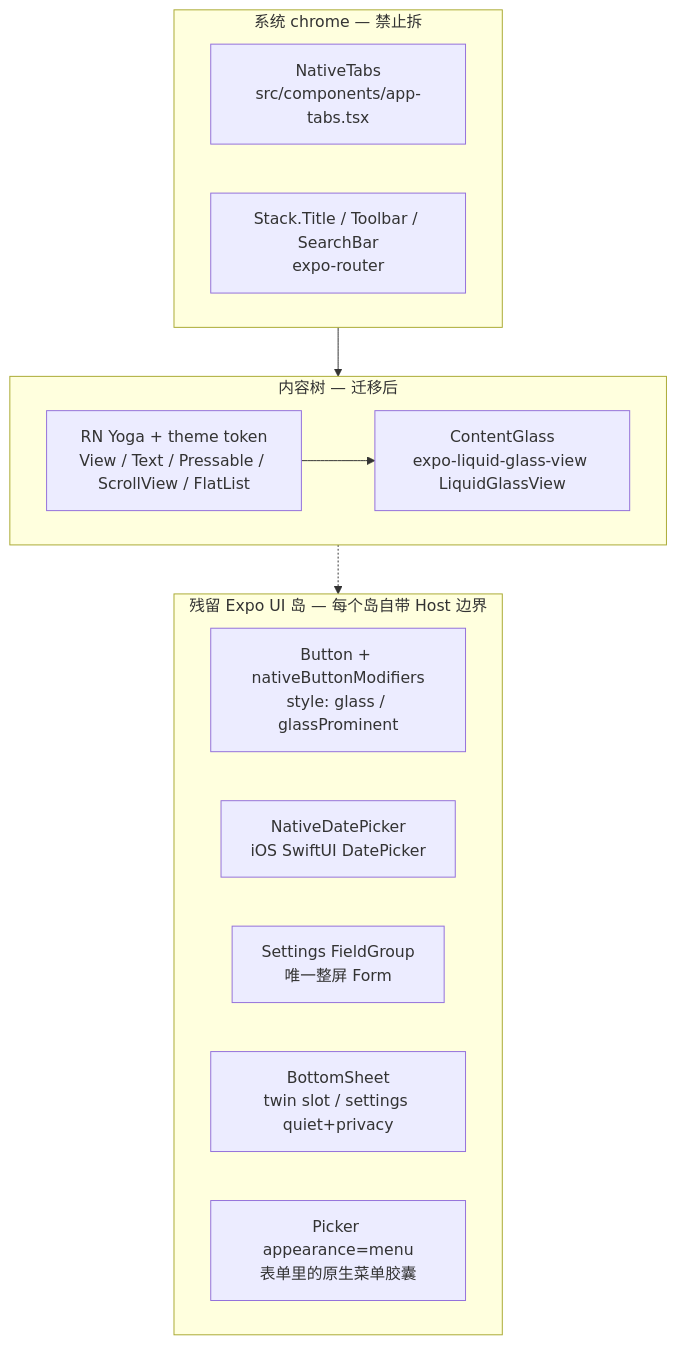
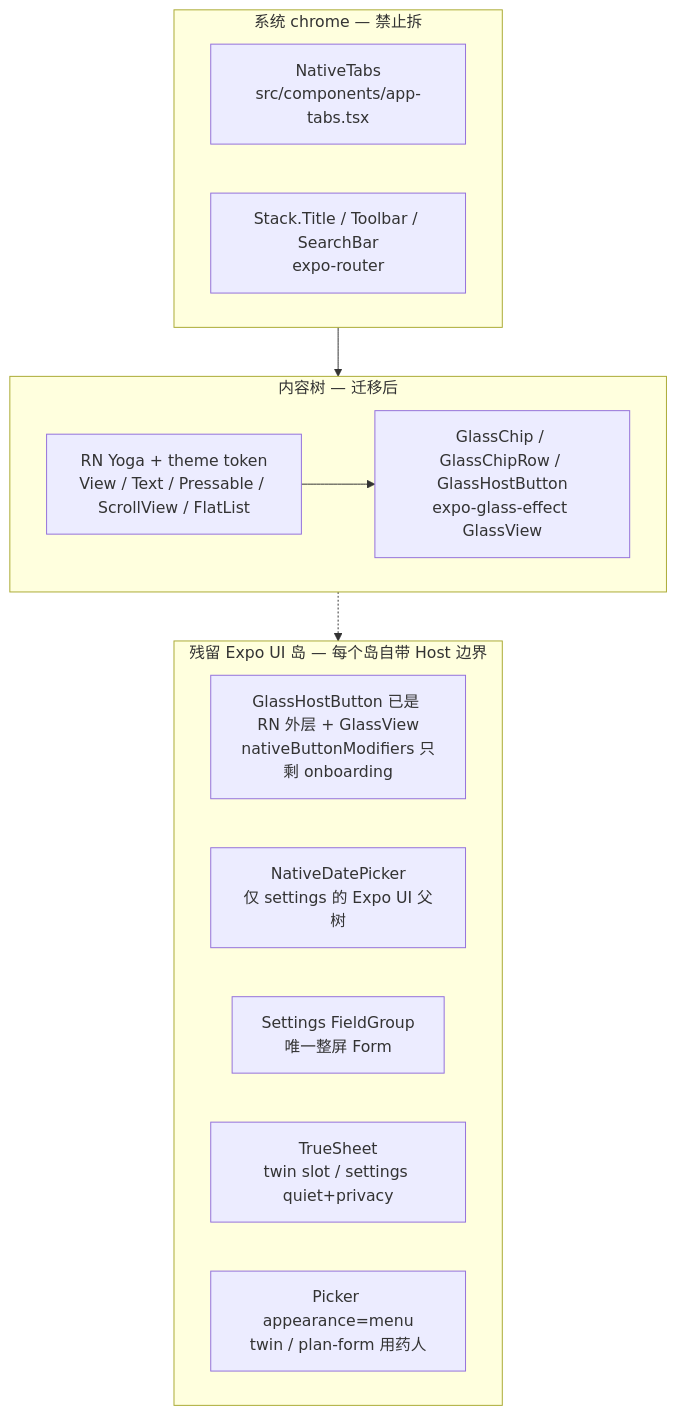
One commit to youngxhui/RememberYao changed the first of 2 diagrams in app/docs/plans/迁移计划.md. Above: the diagram before and after it, drawn with Mermaid. The commit also changed other lines of this file, not shown here.

````diff
--- a/app/docs/plans/迁移计划.md
+++ b/app/docs/plans/迁移计划.md
@@ -80,24 +101,24 @@
 ```mermaid
 flowchart TB
   subgraph chrome [系统 chrome — 禁止拆]
     NT[NativeTabs<br/>src/components/app-tabs.tsx]
     ST[Stack.Title / Toolbar / SearchBar<br/>expo-router]
   end
 
   subgraph content [内容树 — 迁移后]
     RN[RN Yoga + theme token<br/>View / Text / Pressable / ScrollView / FlatList]
-    CG[ContentGlass<br/>expo-liquid-glass-view LiquidGlassView]
-    RN --> CG
+    GC[GlassChip / GlassChipRow / GlassHostButton<br/>expo-glass-effect GlassView]
+    RN --> GC
   end
 
   subgraph islands [残留 Expo UI 岛 — 每个岛自带 Host 边界]
-    GB["Button + nativeButtonModifiers<br/>style: glass / glassProminent"]
-    DP[NativeDatePicker<br/>iOS SwiftUI DatePicker]
+    GB[GlassHostButton 已是 RN 外层 + GlassView<br/>nativeButtonModifiers 只剩 onboarding]
+    DP[NativeDatePicker<br/>仅 settings 的 Expo UI 父树]
     FG[Settings FieldGroup<br/>唯一整屏 Form]
-    BS[BottomSheet<br/>twin slot / settings quiet+privacy]
-    PK[Picker appearance=menu<br/>表单里的原生菜单胶囊]
+    TS[TrueSheet<br/>twin slot / settings quiet+privacy]
+    PK[Picker appearance=menu<br/>twin / plan-form 用药人]
   end
 
   chrome --> content
   content -.-> islands
 ```
````
